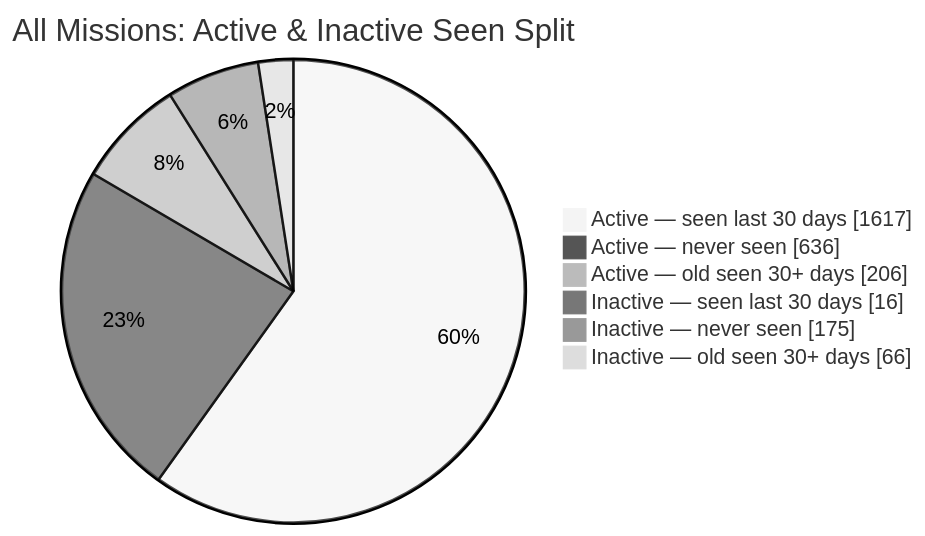
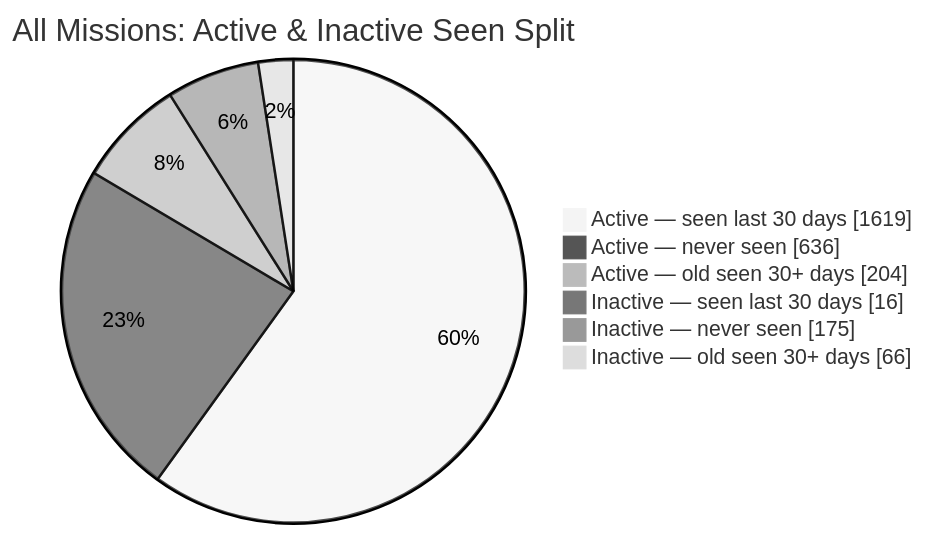
One commit to MeldkamerspelGameTeam/active-missions changed the second of 2 diagrams in README.md. Above: the diagram before and after it, drawn with Mermaid (neutral theme). The commit also changed other lines of this file and 3 other files, not shown here.

````diff
--- a/README.md
+++ b/README.md
@@ -44,10 +44,10 @@
 ```mermaid
 pie showData
     title All Missions: Active & Inactive Seen Split
-    "Active — seen last 30 days" : 1617
+    "Active — seen last 30 days" : 1619
     "Active — never seen" : 636
-    "Active — old seen 30+ days" : 206
+    "Active — old seen 30+ days" : 204
     "Inactive — seen last 30 days" : 16
     "Inactive — never seen" : 175
     "Inactive — old seen 30+ days" : 66
 ```
````
